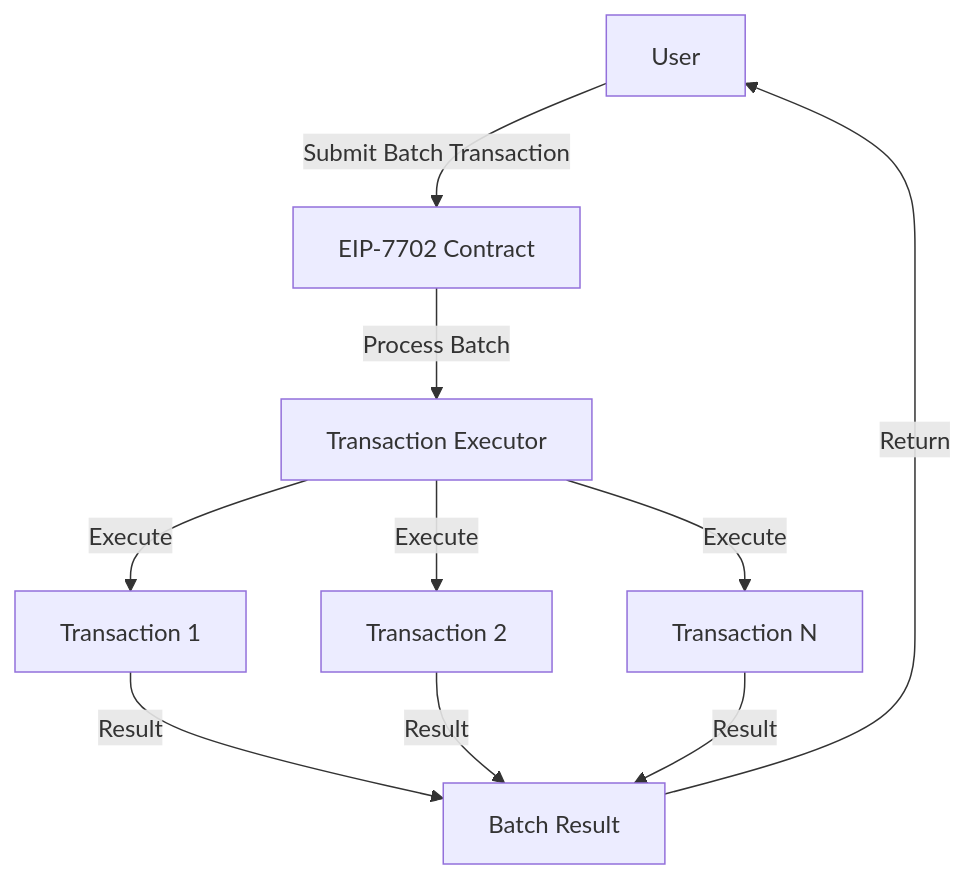
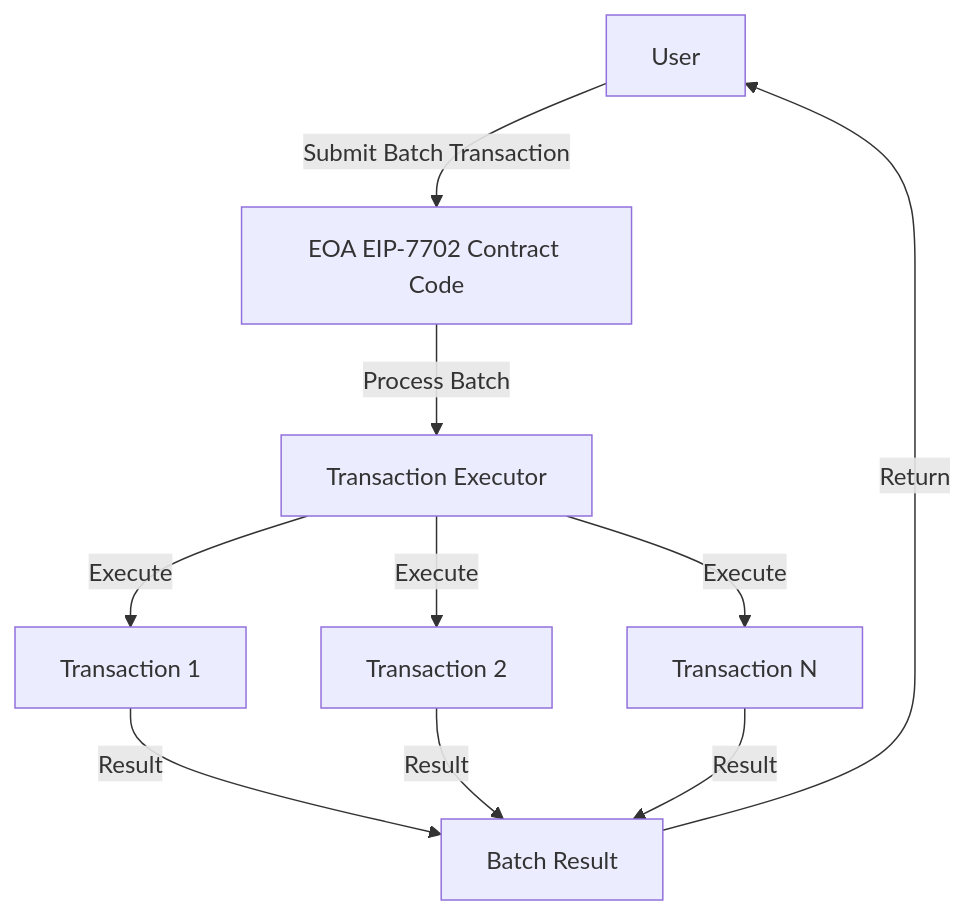
The first of 2 diagrams in apps/core/content/developers/guides/eip7702-batch-transactions.md (berachain/docs), drawn with Mermaid before and after one commit.

````diff
--- a/apps/core/content/developers/guides/eip7702-batch-transactions.md
+++ b/apps/core/content/developers/guides/eip7702-batch-transactions.md
@@ -61,12 +61,12 @@
 ```mermaid
 flowchart TD
-    A[User] -->|Submit Batch Transaction| B[EIP-7702 Contract]
+    A[User] -->|Submit Batch Transaction| B[EOA EIP-7702 Contract Code]
     B -->|Process Batch| C[Transaction Executor]
     C -->|Execute| D[Transaction 1]
     C -->|Execute| E[Transaction 2]
     C -->|Execute| F[Transaction N]
     D -->|Result| G[Batch Result]
     E -->|Result| G
     F -->|Result| G
     G -->|Return| A
 ```
````
